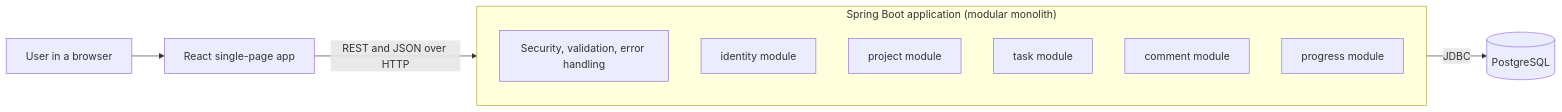
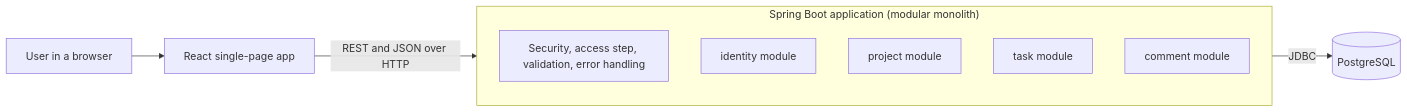
One commit to roSlate/matriz changed the first of 2 diagrams in docs/architecture.md. Above: the diagram before and after it, drawn with Mermaid. The commit also changed other lines of this file and 13 other files, not shown here.

````diff
--- a/docs/architecture.md
+++ b/docs/architecture.md
@@ -85,14 +85,13 @@
 ```mermaid
 flowchart LR
     U[User in a browser] --> SPA[React single-page app]
     SPA -->|REST and JSON over HTTP| API
     subgraph API["Spring Boot application (modular monolith)"]
-        SEC[Security, validation, error handling]
+        SEC[Security, access step, validation, error handling]
         ID[identity module]
         PR[project module]
         TK[task module]
         CM[comment module]
-        PG[progress module]
     end
     API -->|JDBC| DB[(PostgreSQL)]
 ```
````
